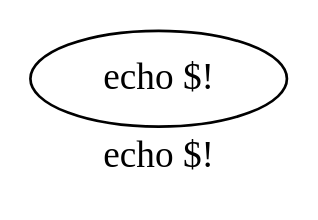
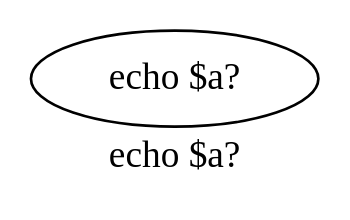
One commit to YeGoRenji/minishell-1337 changed the diagram in tree.dot. Above: the diagram before and after it, drawn with Graphviz. The commit also changed 1 other file, not shown here.

```diff
--- a/tree.dot
+++ b/tree.dot
@@ -1,4 +1,4 @@
 digraph yep {
-	label="echo $!"
-	n0[label="echo $! "];
+	label="echo $a?"
+	n0[label="echo $a? "];
 }
```
